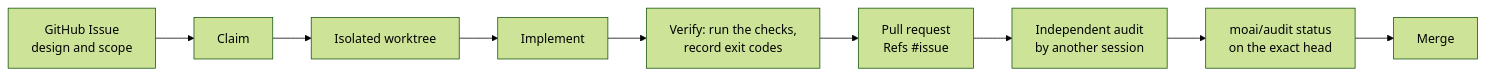
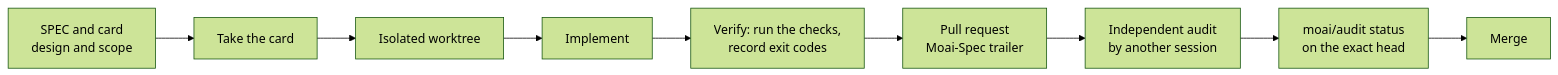
The diagram in README.md (modu-ai/moai-adk), drawn with Mermaid (forest theme) before and after one commit. The commit also changed other lines of this file and 6 other files, not shown here.

First line of the commit message:
docs(agents): base agents, README and decisions say cards, not GitHub Issues

````diff
--- a/README.md
+++ b/README.md
@@ -15,11 +15,11 @@
 ```mermaid
 flowchart LR
-    I["GitHub Issue<br/>design and scope"] --> C["Claim"]
+    I["SPEC and card<br/>design and scope"] --> C["Take the card"]
     C --> W["Isolated worktree"]
     W --> R["Implement"]
     R --> V["Verify: run the checks,<br/>record exit codes"]
-    V --> P["Pull request<br/>Refs #issue"]
+    V --> P["Pull request<br/>Moai-Spec trailer"]
     P --> A["Independent audit<br/>by another session"]
     A --> S["moai/audit status<br/>on the exact head"]
     S --> M["Merge"]
 ```
````
